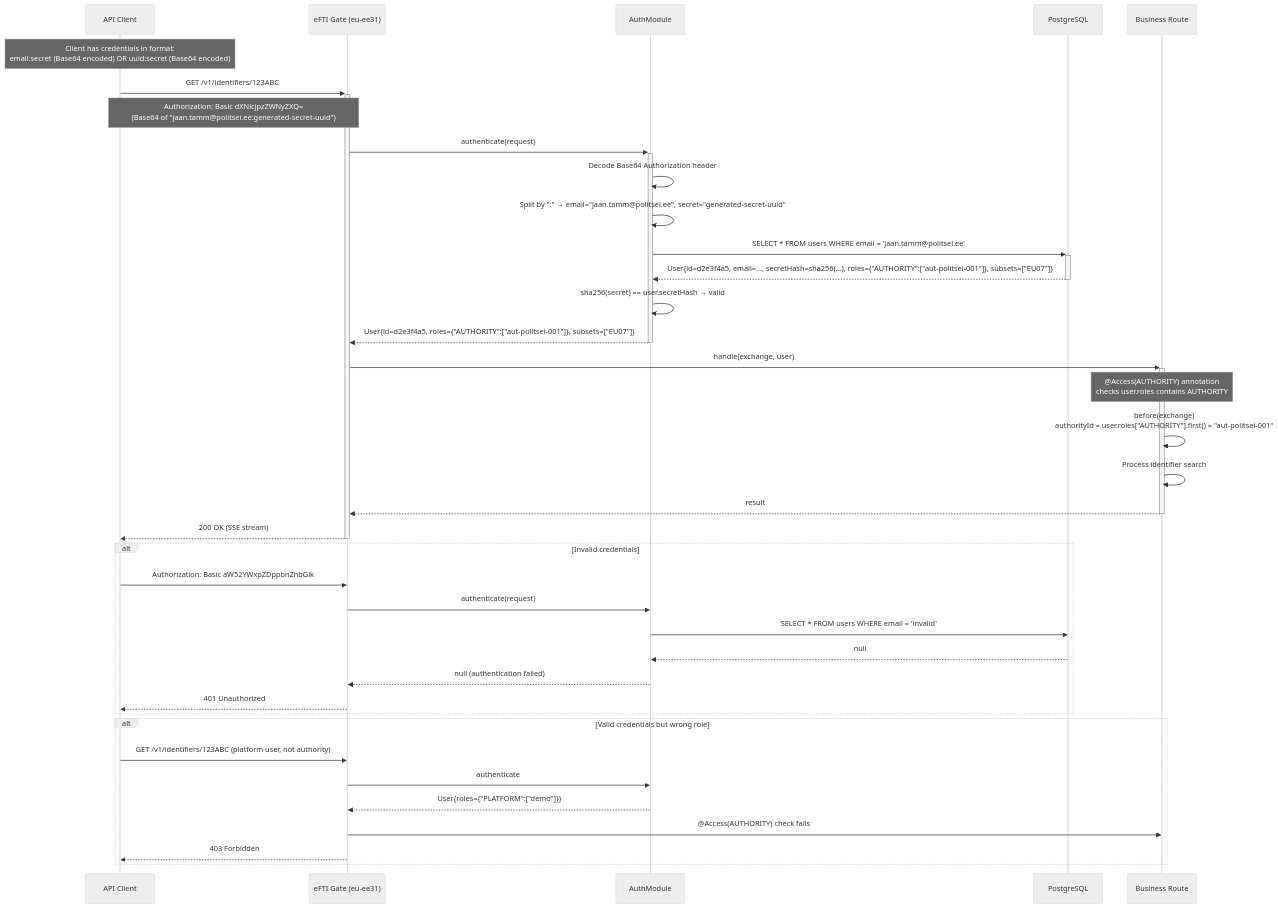
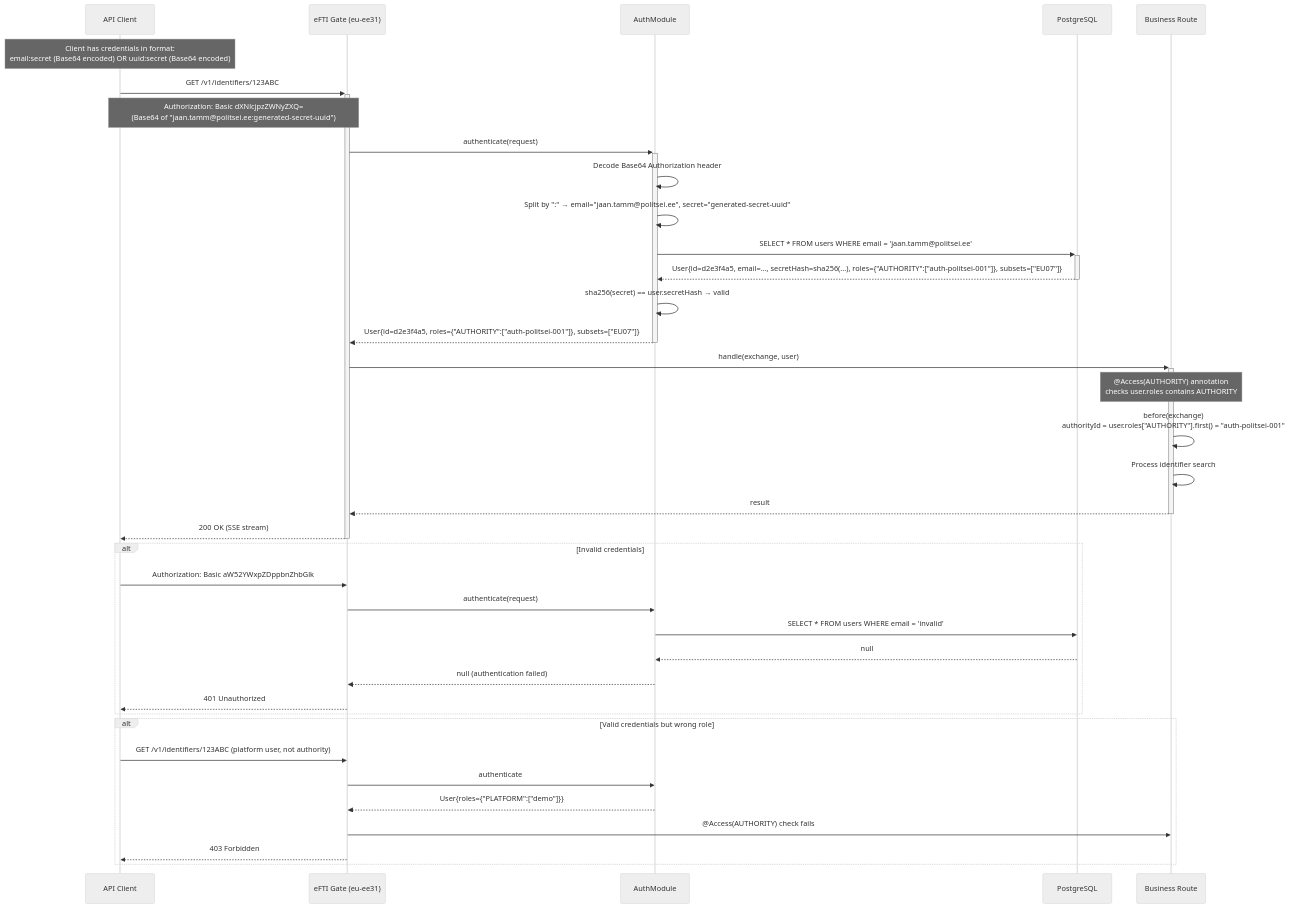
One commit to kemit-ee/efti-gate-ee changed the diagram in docs/specs/diagrams/seq-12-user-authentication.mmd. Above: the diagram before and after it, drawn with Mermaid (neutral theme). The commit also changed 3 other files, not shown here.

```diff
--- a/docs/specs/diagrams/seq-12-user-authentication.mmd
+++ b/docs/specs/diagrams/seq-12-user-authentication.mmd
@@ -1,50 +1,50 @@
 sequenceDiagram
     participant Client as API Client
     participant Gate as eFTI Gate (eu-ee31)
     participant Auth as AuthModule
     participant DB as PostgreSQL
     participant Route as Business Route
 
     Note over Client: Client has credentials in format:<br/>email:secret (Base64 encoded) OR uuid:secret (Base64 encoded)
 
     Client->>+Gate: GET /v1/identifiers/123ABC
     Note over Client,Gate: Authorization: Basic dXNlcjpzZWNyZXQ=<br/>(Base64 of "jaan.tamm@politsei.ee:generated-secret-uuid")
 
     Gate->>+Auth: authenticate(request)
 
     Auth->>Auth: Decode Base64 Authorization header
     Auth->>Auth: Split by ":" → email="jaan.tamm@politsei.ee", secret="generated-secret-uuid"
 
     Auth->>+DB: SELECT * FROM users WHERE email = 'jaan.tamm@politsei.ee'
-    DB-->>-Auth: User{id=d2e3f4a5, email=..., secretHash=sha256(...), roles={"AUTHORITY":["aut-politsei-001"]}, subsets=["EU07"]}
+    DB-->>-Auth: User{id=d2e3f4a5, email=..., secretHash=sha256(...), roles={"AUTHORITY":["auth-politsei-001"]}, subsets=["EU07"]}
 
     Auth->>Auth: sha256(secret) == user.secretHash → valid
 
-    Auth-->>-Gate: User{id=d2e3f4a5, roles={"AUTHORITY":["aut-politsei-001"]}, subsets=["EU07"]}
+    Auth-->>-Gate: User{id=d2e3f4a5, roles={"AUTHORITY":["auth-politsei-001"]}, subsets=["EU07"]}
 
     Gate->>+Route: handle(exchange, user)
     Note over Route: @Access(AUTHORITY) annotation<br/>checks user.roles contains AUTHORITY
 
-    Route->>Route: before(exchange)<br/>authorityId = user.roles["AUTHORITY"].first() = "aut-politsei-001"
+    Route->>Route: before(exchange)<br/>authorityId = user.roles["AUTHORITY"].first() = "auth-politsei-001"
 
     Route->>Route: Process identifier search
     Route-->>-Gate: result
 
     Gate-->>-Client: 200 OK (SSE stream)
 
     alt Invalid credentials
         Client->>Gate: Authorization: Basic aW52YWxpZDppbnZhbGlk
         Gate->>Auth: authenticate(request)
         Auth->>DB: SELECT * FROM users WHERE email = 'invalid'
         DB-->>Auth: null
         Auth-->>Gate: null (authentication failed)
         Gate-->>Client: 401 Unauthorized
     end
 
     alt Valid credentials but wrong role
         Client->>Gate: GET /v1/identifiers/123ABC (platform user, not authority)
         Gate->>Auth: authenticate
         Auth-->>Gate: User{roles={"PLATFORM":["demo"]}}
         Gate->>Route: @Access(AUTHORITY) check fails
         Gate-->>Client: 403 Forbidden
     end
```
